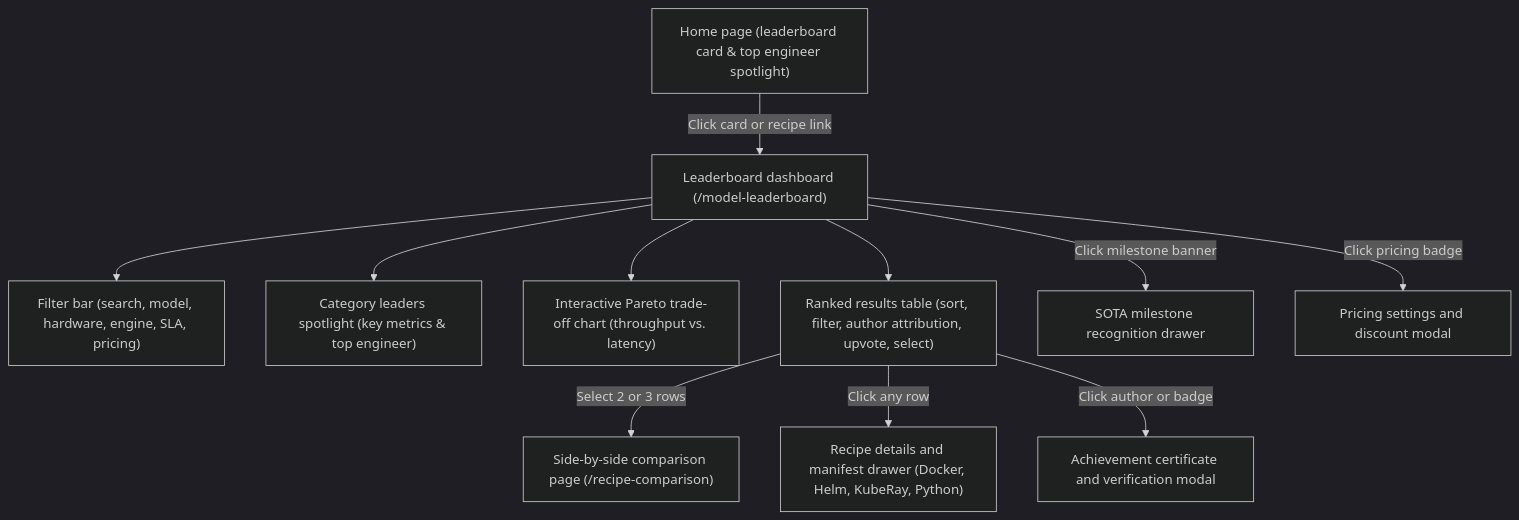
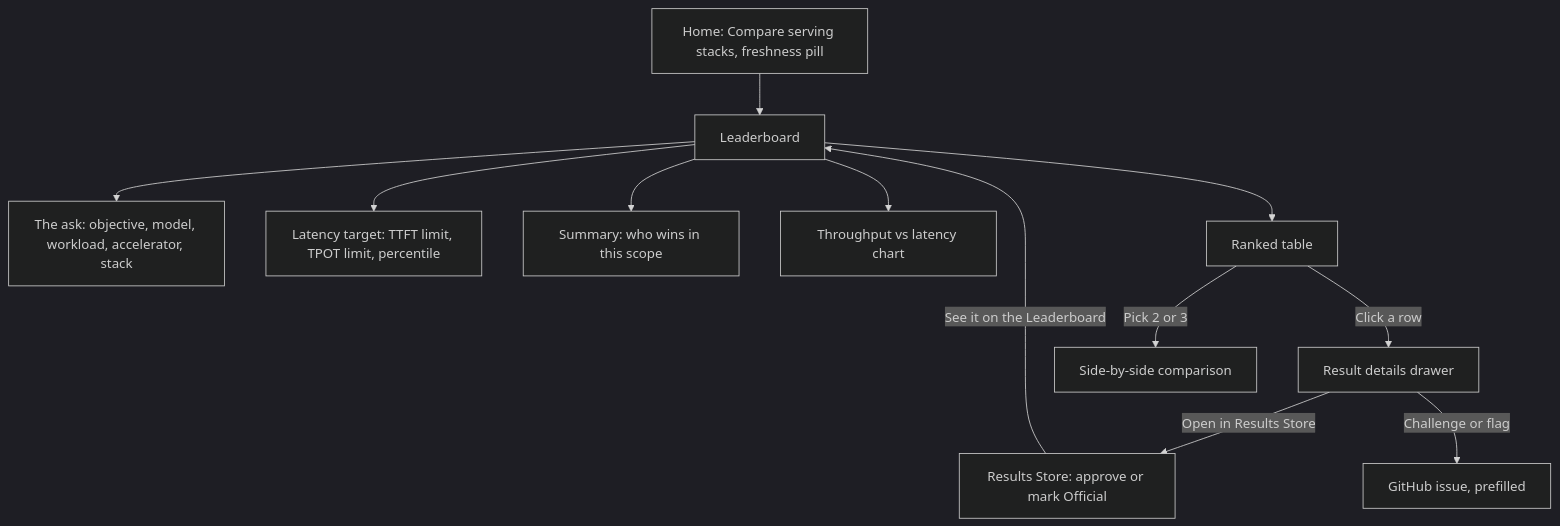
The diagram in docs/leaderboard_ux_brief.md (Raji14/llm-d-prism), drawn with Mermaid (dark theme) before and after one commit. The commit also changed other lines of this file and 1 other file, not shown here.

First line of the commit message:
docs(leaderboard): rewrite the UX brief for the Leaderboard as built

````diff
--- a/docs/leaderboard_ux_brief.md
+++ b/docs/leaderboard_ux_brief.md
@@ -52,13 +43,14 @@
 ```mermaid
 flowchart TD
-    Home["Home page (leaderboard card & top engineer spotlight)"] -->|Click card or recipe link| Dashboard["Leaderboard dashboard (/model-leaderboard)"]
-    Dashboard --> Controls["Filter bar (search, model, hardware, engine, SLA, pricing)"]
-    Dashboard --> Spotlight["Category leaders spotlight (key metrics & top engineer)"]
-    Dashboard --> Pareto["Interactive Pareto trade-off chart (throughput vs. latency)"]
-    Dashboard --> Table["Ranked results table (sort, filter, author attribution, upvote, select)"]
-    Table -->|Select 2 or 3 rows| Compare["Side-by-side comparison page (/recipe-comparison)"]
-    Table -->|Click any row| Drawer["Recipe details and manifest drawer (Docker, Helm, KubeRay, Python)"]
-    Table -->|Click author or badge| CertModal["Achievement certificate and verification modal"]
-    Dashboard -->|Click milestone banner| ClaimDrawer["SOTA milestone recognition drawer"]
-    Dashboard -->|Click pricing badge| PricingModal["Pricing settings and discount modal"]
+    Home["Home: Compare serving stacks, freshness pill"] --> LB["Leaderboard"]
+    RS["Results Store: approve or mark Official"] -->|See it on the Leaderboard| LB
+    LB --> Ask["The ask: objective, model, workload, accelerator, stack"]
+    LB --> SLO["Latency target: TTFT limit, TPOT limit, percentile"]
+    LB --> Cards["Summary: who wins in this scope"]
+    LB --> Chart["Throughput vs latency chart"]
+    LB --> Table["Ranked table"]
+    Table -->|Click a row| Drawer["Result details drawer"]
+    Table -->|Pick 2 or 3| Compare["Side-by-side comparison"]
+    Drawer -->|Open in Results Store| RS
+    Drawer -->|Challenge or flag| Issue["GitHub issue, prefilled"]
 ```
````
